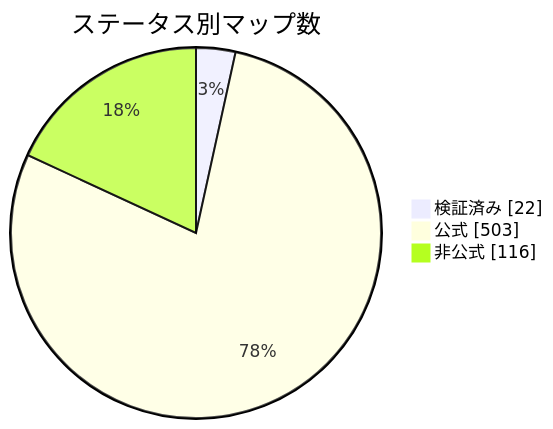
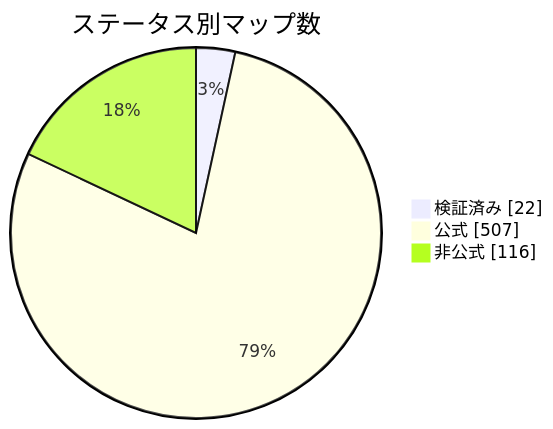
One commit to nobrega8/mbmap-library changed the diagram in docs/readme/README_JP.md. Above: the diagram before and after it, drawn with Mermaid. The commit also changed 9 other files, not shown here.

````diff
--- a/docs/readme/README_JP.md
+++ b/docs/readme/README_JP.md
@@ -54,7 +54,7 @@
 ```mermaid
 pie showData
     title ステータス別マップ数
     "検証済み" : 22
-    "公式" : 503
+    "公式" : 507
     "非公式" : 116
 ```
````
